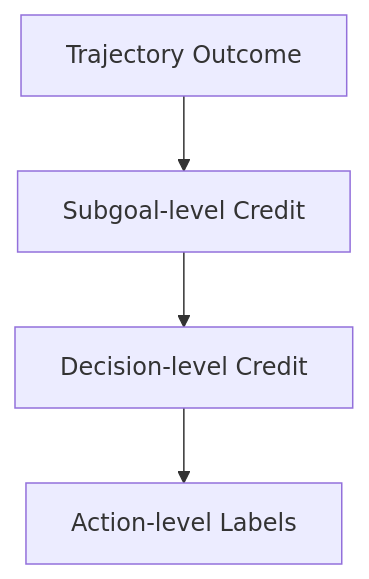
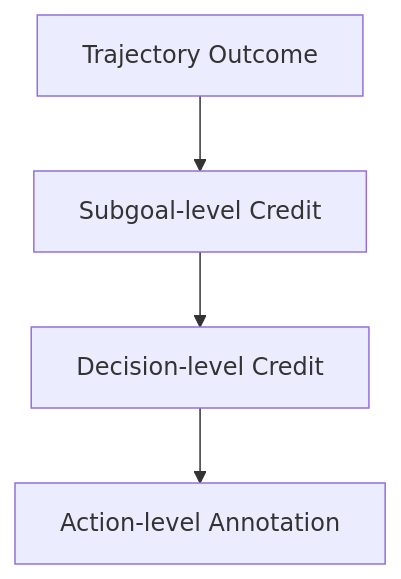
Before and after one commit to JiangHui0203/Homework: the second of 3 diagrams in LLM_Agent_Data/13_Task_Success_and_Credit_Assignment.md, drawn with Mermaid. The commit also changed other lines of this file, not shown here.

Commit message:
Refine chapter 13 as canonical credit assignment chapter

````diff
--- a/LLM_Agent_Data/13_Task_Success_and_Credit_Assignment.md
+++ b/LLM_Agent_Data/13_Task_Success_and_Credit_Assignment.md
@@ -1297,6 +877,6 @@
 ```mermaid
 flowchart TD
-    T[Trajectory Outcome] --> SG[Subgoal-level Credit]
-    SG --> D[Decision-level Credit]
-    D --> A[Action-level Labels]
+    O[Trajectory Outcome] --> S[Subgoal-level Credit]
+    S --> D[Decision-level Credit]
+    D --> A[Action-level Annotation]
 ```
````
